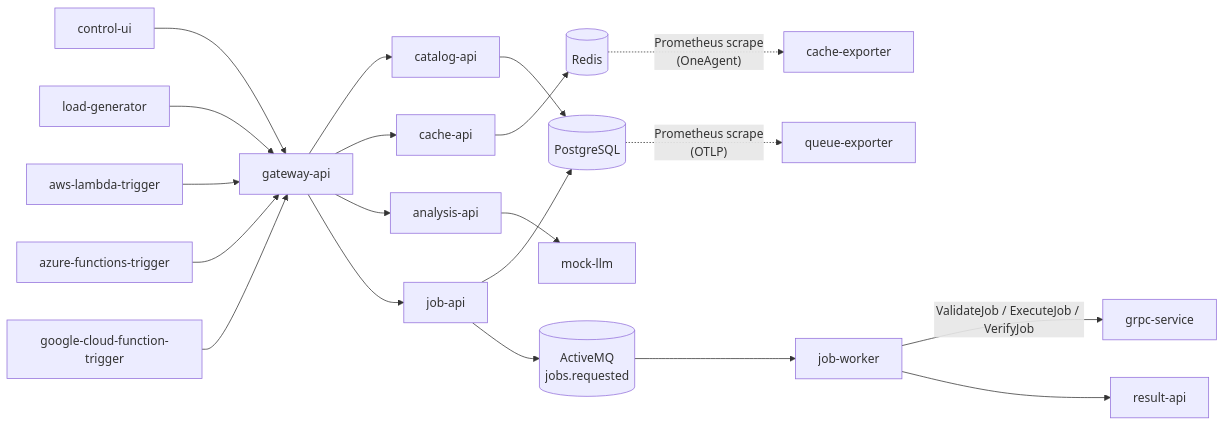
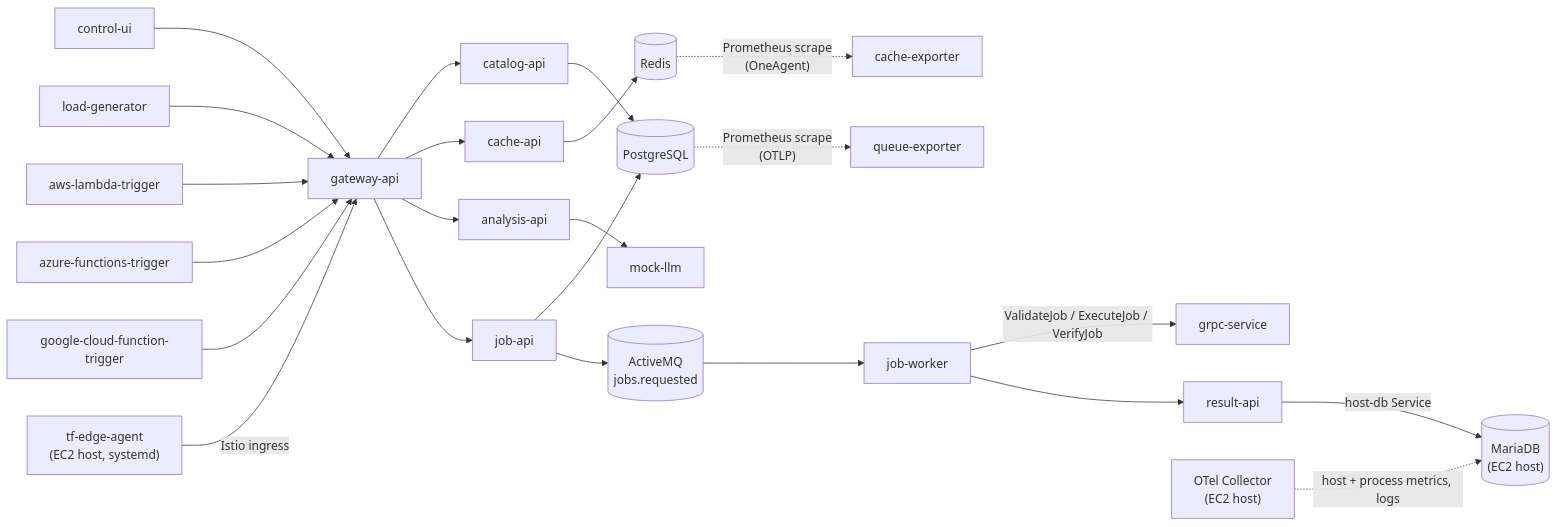
Before and after one commit to tristanmarl/obs-demo: the diagram in docs/architecture.md, drawn with Mermaid. The commit also changed other lines of this file and 23 other files, not shown here.

First line of the commit message:
feat: add EC2 host OTel monitoring chain with host MariaDB

````diff
--- a/docs/architecture.md
+++ b/docs/architecture.md
@@ -5,25 +5,29 @@
 ```mermaid
 flowchart LR
   control["control-ui"] --> gateway["gateway-api"]
   load["load-generator"] --> gateway
   aws["aws-lambda-trigger"] --> gateway
   azure["azure-functions-trigger"] --> gateway
   google["google-cloud-function-trigger"] --> gateway
 
   gateway --> catalog["catalog-api"]
   catalog --> postgres[("PostgreSQL")]
   gateway --> cache["cache-api"]
   cache --> redis[("Redis")]
   gateway --> analysis["analysis-api"]
   analysis --> llm["mock-llm"]
 
   gateway --> job["job-api"]
   job --> postgres
   job --> broker[("ActiveMQ\njobs.requested")]
   broker --> worker["job-worker"]
   worker -->|"ValidateJob / ExecuteJob / VerifyJob"| grpc["grpc-service"]
   worker --> result["result-api"]
 
+  edge["tf-edge-agent\n(EC2 host, systemd)"] -->|"Istio ingress"| gateway
+  result -->|"host-db Service"| hostdb[("MariaDB\n(EC2 host)")]
+  hcol["OTel Collector\n(EC2 host)"] -.->|"host + process metrics, logs"| hostdb
+
   redis -.->|"Prometheus scrape\n(OneAgent)"| cexp["cache-exporter"]
   postgres -.->|"Prometheus scrape\n(OTLP)"| qexp["queue-exporter"]
 ```
````
